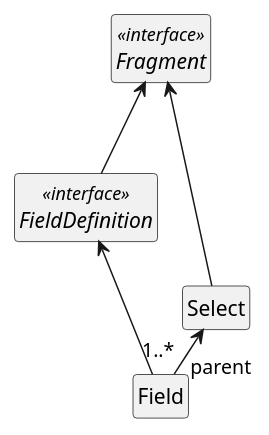
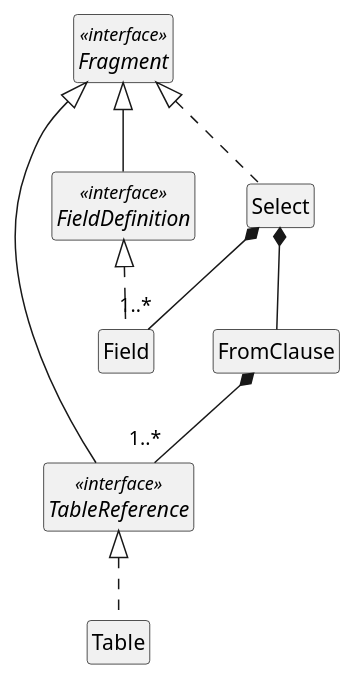
The diagram in model/diagrams/cl_fragments.plantuml (exasol/sql-statement-builder), drawn with PlantUML before and after one commit. The commit also changed 8 other files, not shown here.

```diff
--- a/model/diagrams/cl_fragments.plantuml
+++ b/model/diagrams/cl_fragments.plantuml
@@ -1,17 +1,22 @@
 @startuml
 hide empty methods
 hide empty attributes
 skinparam style strictuml
 !pragma horizontalLineBetweenDifferentPackageAllowed
 
-interface Fragment <<interface>>
-interface FieldDefinition <<interface>>
-class Select
-class Field
+together {
+	interface Fragment <<interface>>
+	interface FieldDefinition <<interface>>
+	interface TableReference <<interface>>
+}
 
-FieldDefinition -u-> Fragment
-Field "1..*" -l-> Select : parent
+FieldDefinition -u-|> Fragment
+Field .u.|> FieldDefinition
+Select .u.|> Fragment
+TableReference -u-|> Fragment
 
-Field -u-> FieldDefinition
-Select -u-> Fragment
+Select *-d- "1..*" Field
+Select *-d- FromClause
+FromClause *-d- "1..*" TableReference
+Table .u.|> TableReference
 @enduml
```
